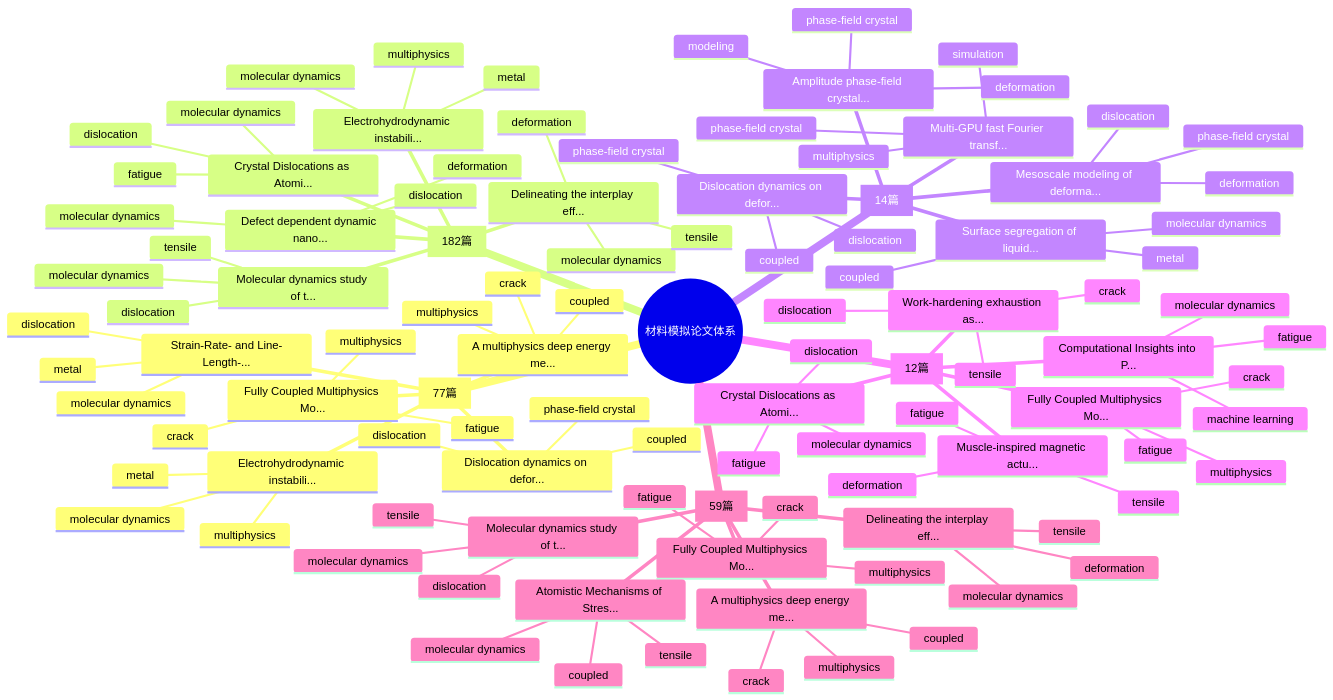
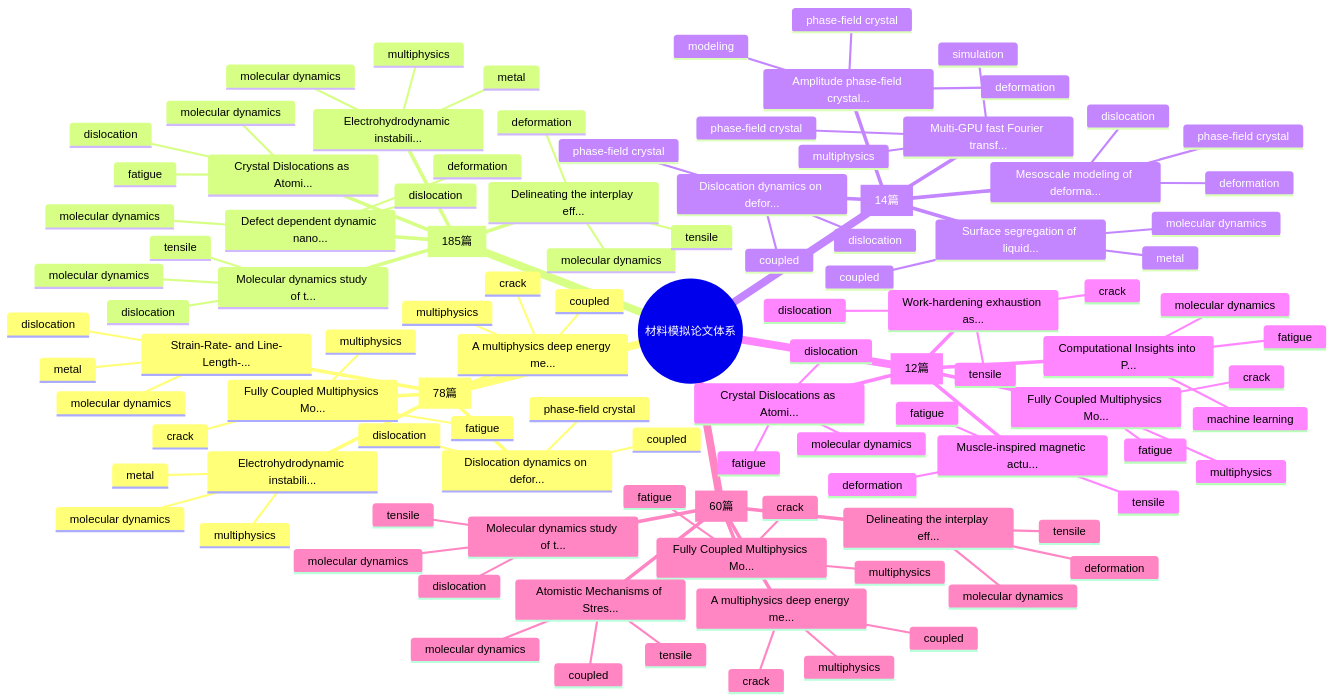
One commit to Shirakawa11111/BJK_readpaper changed the first of 2 diagrams in README.md. Above: the diagram before and after it, drawn with Mermaid. The commit also changed other lines of this file and 11 other files, not shown here.

````diff
--- a/README.md
+++ b/README.md
@@ -94,7 +94,7 @@
 ```mermaid
 mindmap
   root((材料模拟论文体系))
-    Multiphysics Coupling [77篇]
+    Multiphysics Coupling [78篇]
       Fully Coupled Multiphysics Mo...
         fatigue
         multiphysics
@@ -115,7 +115,7 @@
         molecular dynamics
         dislocation
         metal
-    Molecular Dynamics [182篇]
+    Molecular Dynamics [185篇]
       Crystal Dislocations as Atomi...
         molecular dynamics
         fatigue
@@ -178,7 +178,7 @@
         fatigue
         tensile
         deformation
-    Tensile / Deformation Simulation [59篇]
+    Tensile / Deformation Simulation [60篇]
       Fully Coupled Multiphysics Mo...
         fatigue
         multiphysics
````
